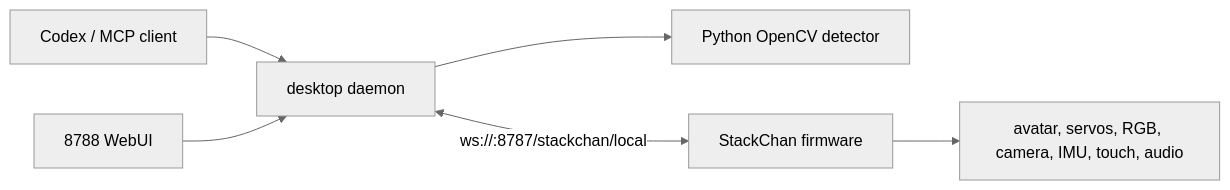
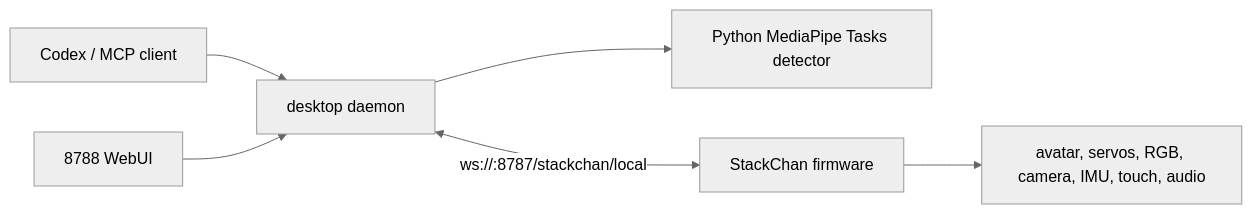
One commit to xuruiray/stackchan-local changed the diagram in README.md. Above: the diagram before and after it, drawn with Mermaid (neutral theme). The commit also changed other lines of this file and 61 other files, not shown here.

````diff
--- a/README.md
+++ b/README.md
@@ -69,8 +69,8 @@
 ```mermaid
 flowchart LR
   Codex["Codex / MCP client"] --> Desktop["desktop daemon"]
   Browser["8788 WebUI"] --> Desktop
-  Desktop --> Vision["Python OpenCV detector"]
+  Desktop --> Vision["Python MediaPipe Tasks detector"]
   Desktop <-->|"ws://<mac-ip>:8787/stackchan/local"| Firmware["StackChan firmware"]
   Firmware --> Hardware["avatar, servos, RGB, camera, IMU, touch, audio"]
 ```
````
